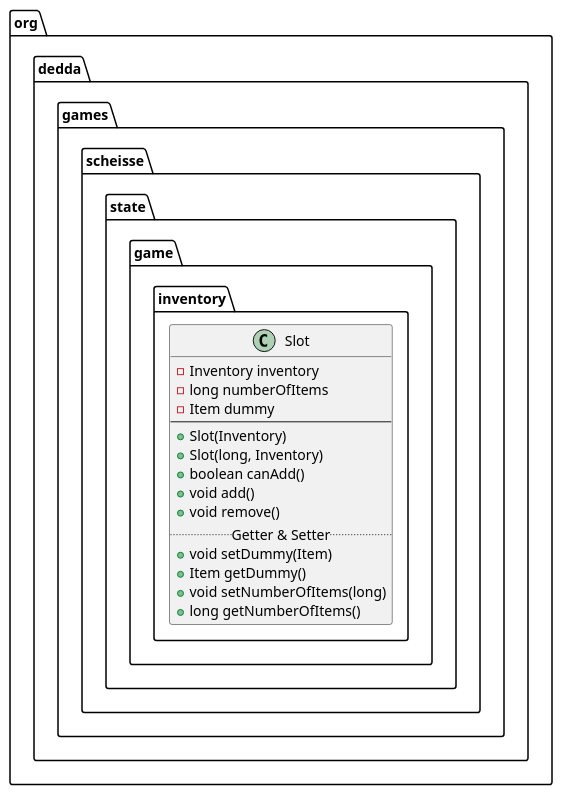
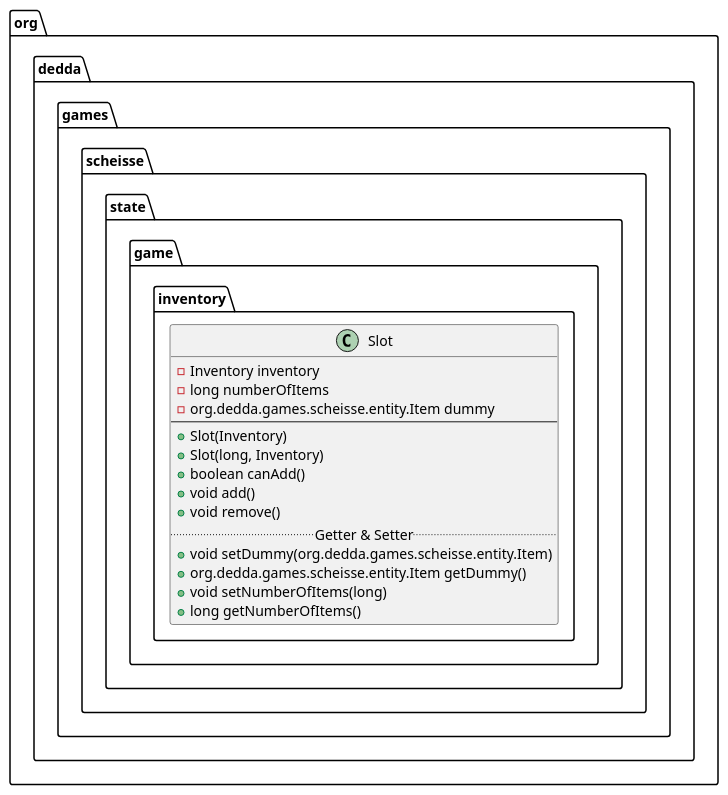
The diagram in game/uml/classes/org.dedda.games.scheisse.state.game.inventory.Slot.puml (gitter-badger/scheisse), drawn with PlantUML before and after one commit. The commit also changed 23 other files, not shown here.

```diff
--- a/game/uml/classes/org.dedda.games.scheisse.state.game.inventory.Slot.puml
+++ b/game/uml/classes/org.dedda.games.scheisse.state.game.inventory.Slot.puml
@@ -1,18 +1,18 @@
 @startuml
 class org.dedda.games.scheisse.state.game.inventory.Slot{
     - Inventory inventory
     - long numberOfItems
-    - Item dummy
+    - org.dedda.games.scheisse.entity.Item dummy
     --
     + Slot(Inventory)
     + Slot(long, Inventory)
     + boolean canAdd()
     + void add()
     + void remove()
     .. Getter & Setter ..
-    + void setDummy(Item)
-    + Item getDummy()
+    + void setDummy(org.dedda.games.scheisse.entity.Item)
+    + org.dedda.games.scheisse.entity.Item getDummy()
     + void setNumberOfItems(long)
     + long getNumberOfItems()
 }
 @enduml
```
